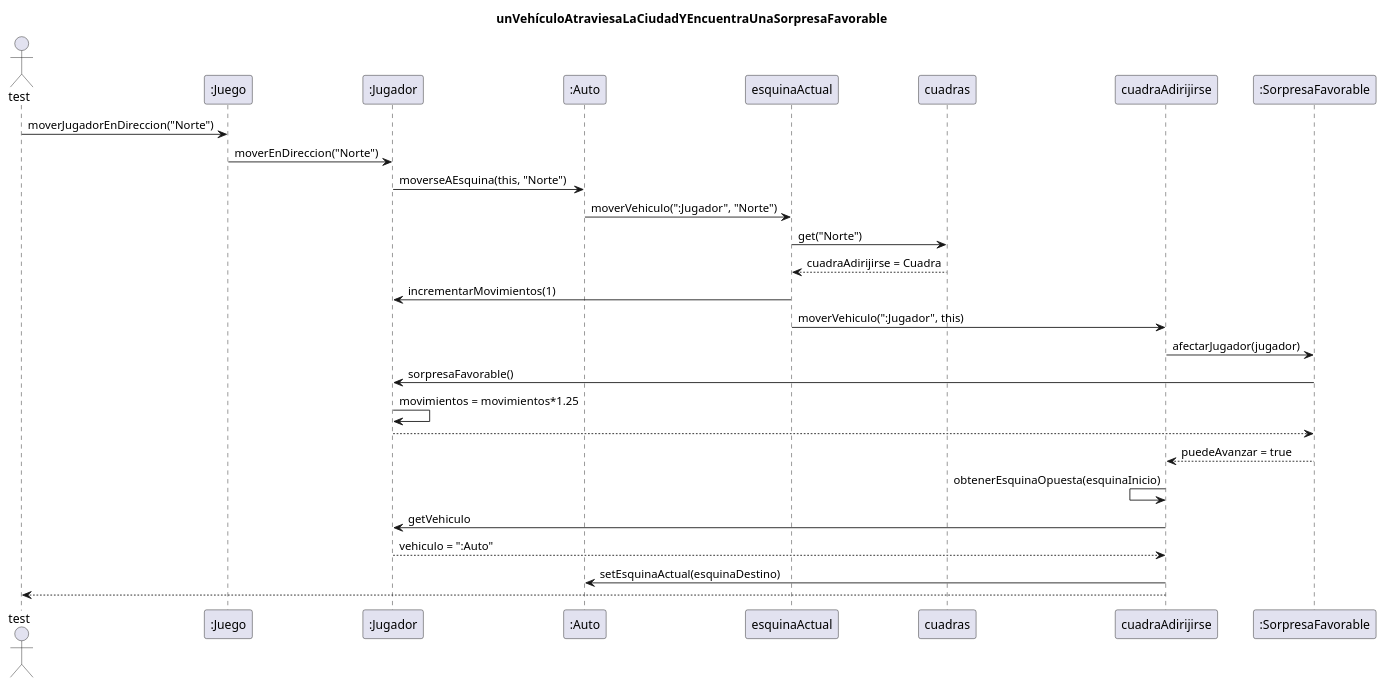
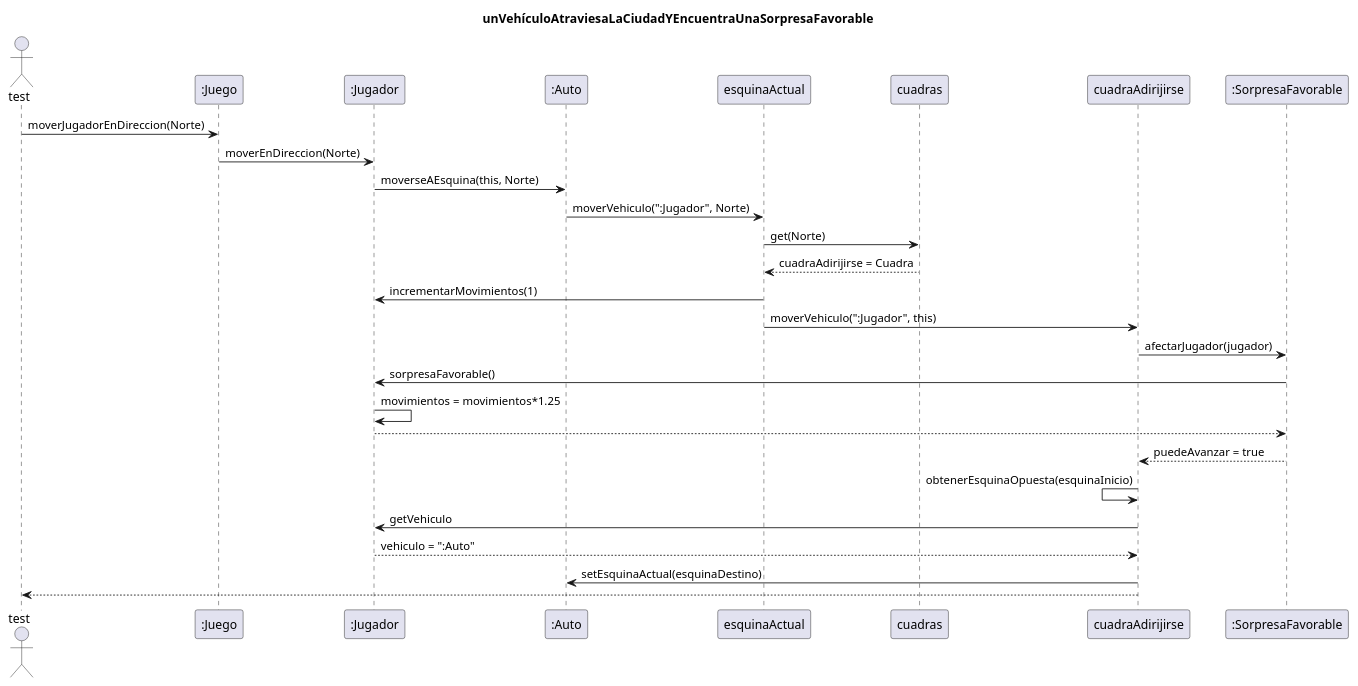
Before and after one commit to TP2Algo3FIUBA/tp2: the diagram in diagrams/sequences/entrega02/CasoDeUso01.plantuml, drawn with PlantUML. The commit also changed 10 other files, not shown here.

```diff
--- a/diagrams/sequences/entrega02/CasoDeUso01.plantuml
+++ b/diagrams/sequences/entrega02/CasoDeUso01.plantuml
@@ -1,26 +1,26 @@
 @startuml
 
 title: unVehículoAtraviesaLaCiudadYEncuentraUnaSorpresaFavorable
 
 
 Actor test
-test -> ":Juego" : moverJugadorEnDireccion("Norte")
-":Juego" -> ":Jugador" : moverEnDireccion("Norte")
-":Jugador" -> ":Auto" : moverseAEsquina(this, "Norte")
-":Auto" -> esquinaActual : moverVehiculo(":Jugador", "Norte")
-esquinaActual -> cuadras : get("Norte")
+test -> ":Juego" : moverJugadorEnDireccion(Norte)
+":Juego" -> ":Jugador" : moverEnDireccion(Norte)
+":Jugador" -> ":Auto" : moverseAEsquina(this, Norte)
+":Auto" -> esquinaActual : moverVehiculo(":Jugador", Norte)
+esquinaActual -> cuadras : get(Norte)
 esquinaActual <-- cuadras : cuadraAdirijirse = Cuadra
 esquinaActual -> ":Jugador" : incrementarMovimientos(1)
 esquinaActual -> cuadraAdirijirse : moverVehiculo(":Jugador", this)
 cuadraAdirijirse -> ":SorpresaFavorable" : afectarJugador(jugador)
 ":SorpresaFavorable" -> ":Jugador" : sorpresaFavorable()
 ":Jugador" -> ":Jugador" : movimientos = movimientos*1.25
 ":SorpresaFavorable" <-- ":Jugador"
 cuadraAdirijirse <-- ":SorpresaFavorable" : puedeAvanzar = true
 cuadraAdirijirse <- cuadraAdirijirse : obtenerEsquinaOpuesta(esquinaInicio)
 cuadraAdirijirse -> ":Jugador" : getVehiculo
 cuadraAdirijirse <-- ":Jugador" : vehiculo = ":Auto"
 cuadraAdirijirse -> ":Auto" : setEsquinaActual(esquinaDestino)
 test <-- cuadraAdirijirse
 
 @enduml
```
